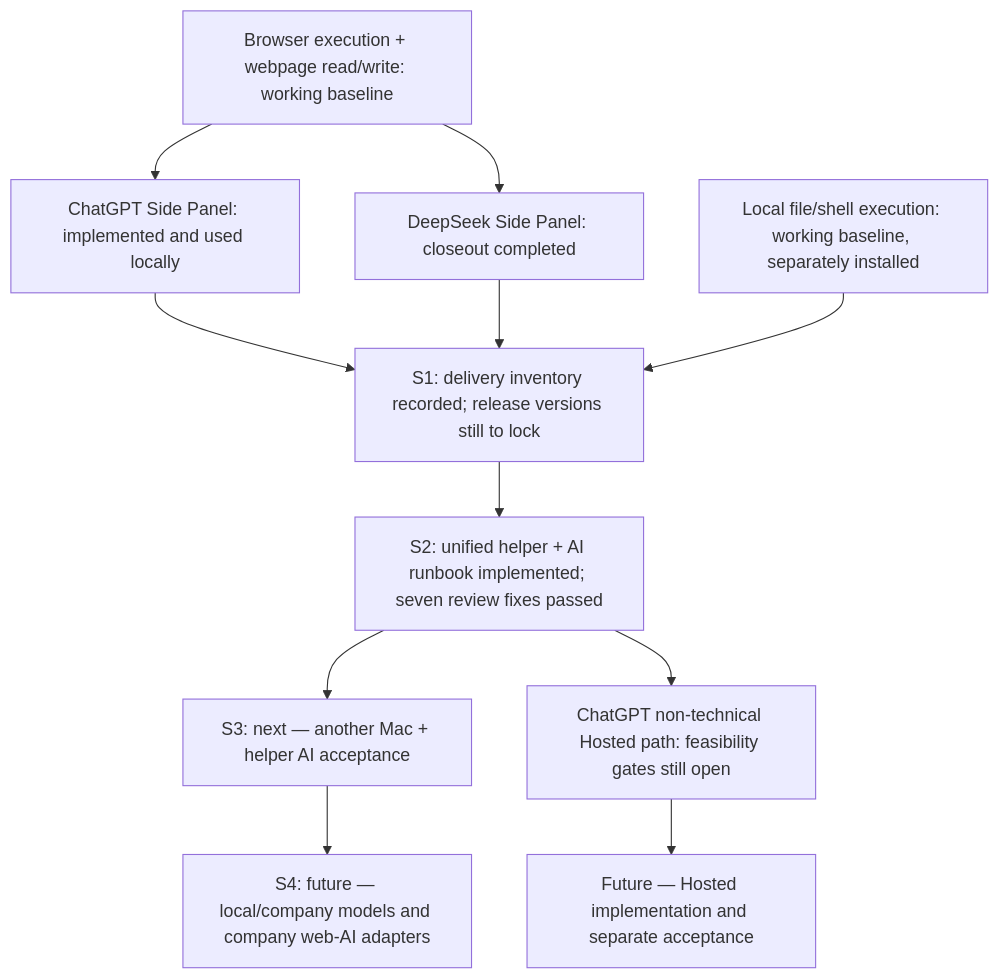
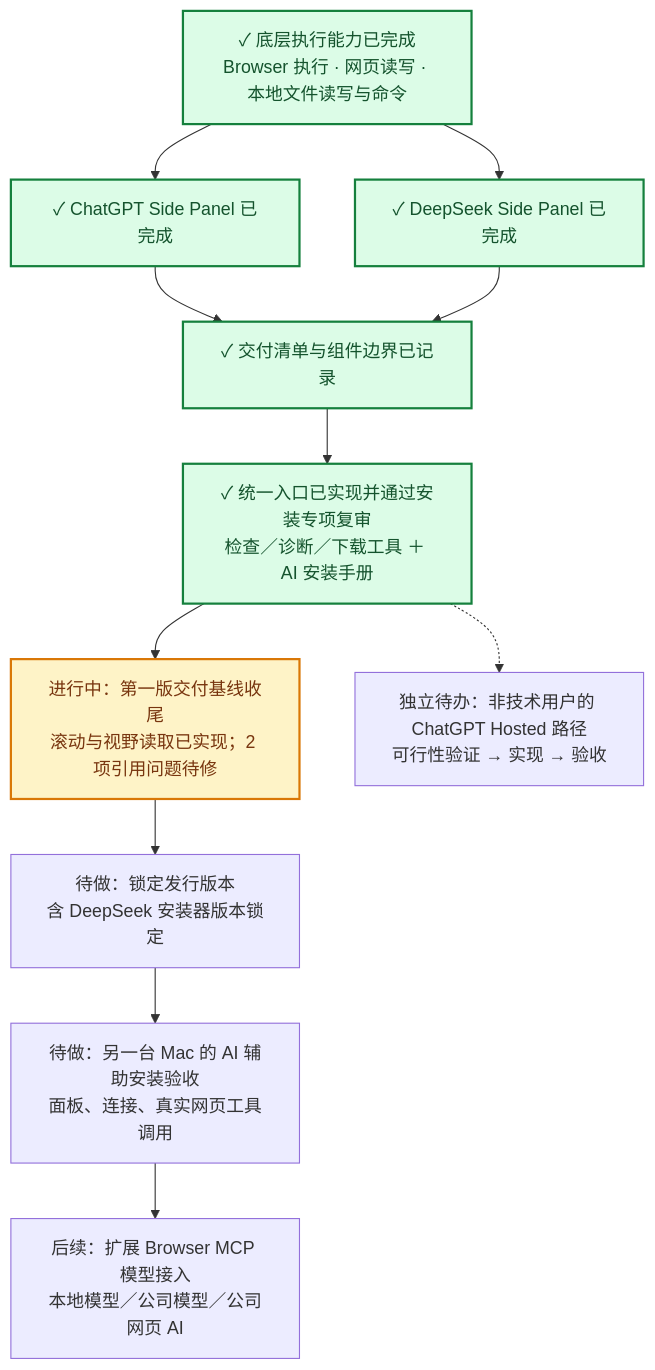
The diagram in ROADMAP.md (zengtao227/chatgpt-embedded-panel), drawn with Mermaid before and after one commit. The commit also changed other lines of this file, not shown here.

Commit message:
docs: show completed and pending roadmap milestones

````diff
--- a/ROADMAP.md
+++ b/ROADMAP.md
@@ -7,15 +7,16 @@
 ```mermaid
 flowchart TD
-    B["Browser execution + webpage read/write: working baseline"]
-    L["Local file/shell execution: working baseline, separately installed"]
-    B --> C["ChatGPT Side Panel: implemented and used locally"]
-    B --> D["DeepSeek Side Panel: closeout completed"]
-    C --> I["S1: delivery inventory recorded; release versions still to lock"]
+    B["✓ 底层执行能力已完成<br/>Browser 执行 · 网页读写 · 本地文件读写与命令"]:::done
+    B --> C["✓ ChatGPT Side Panel 已完成"]:::done
+    B --> D["✓ DeepSeek Side Panel 已完成"]:::done
+    C --> I["✓ 交付清单与组件边界已记录"]:::done
     D --> I
-    L --> I
-    I --> U["S2: unified helper + AI runbook implemented; seven review fixes passed"]
-    U --> M["S3: next — another Mac + helper AI acceptance"]
-    M --> E["S4: future — local/company models and company web-AI adapters"]
-    U --> H["ChatGPT non-technical Hosted path: feasibility gates still open"]
-    H --> P["Future — Hosted implementation and separate acceptance"]
+    I --> U["✓ 统一入口已实现并通过安装专项复审<br/>检查／诊断／下载工具 ＋ AI 安装手册"]:::done
+    U --> W["进行中：第一版交付基线收尾<br/>滚动与视野读取已实现；2 项引用问题待修"]:::active
+    W --> V["待做：锁定发行版本<br/>含 DeepSeek 安装器版本锁定"]
+    V --> M["待做：另一台 Mac 的 AI 辅助安装验收<br/>面板、连接、真实网页工具调用"]
+    M --> E["后续：扩展 Browser MCP 模型接入<br/>本地模型／公司模型／公司网页 AI"]
+    U -.-> H["独立待办：非技术用户的 ChatGPT Hosted 路径<br/>可行性验证 → 实现 → 验收"]
+    classDef done fill:#dcfce7,stroke:#15803d,color:#14532d,stroke-width:2px;
+    classDef active fill:#fef3c7,stroke:#d97706,color:#78350f,stroke-width:2px;
 ```
````
